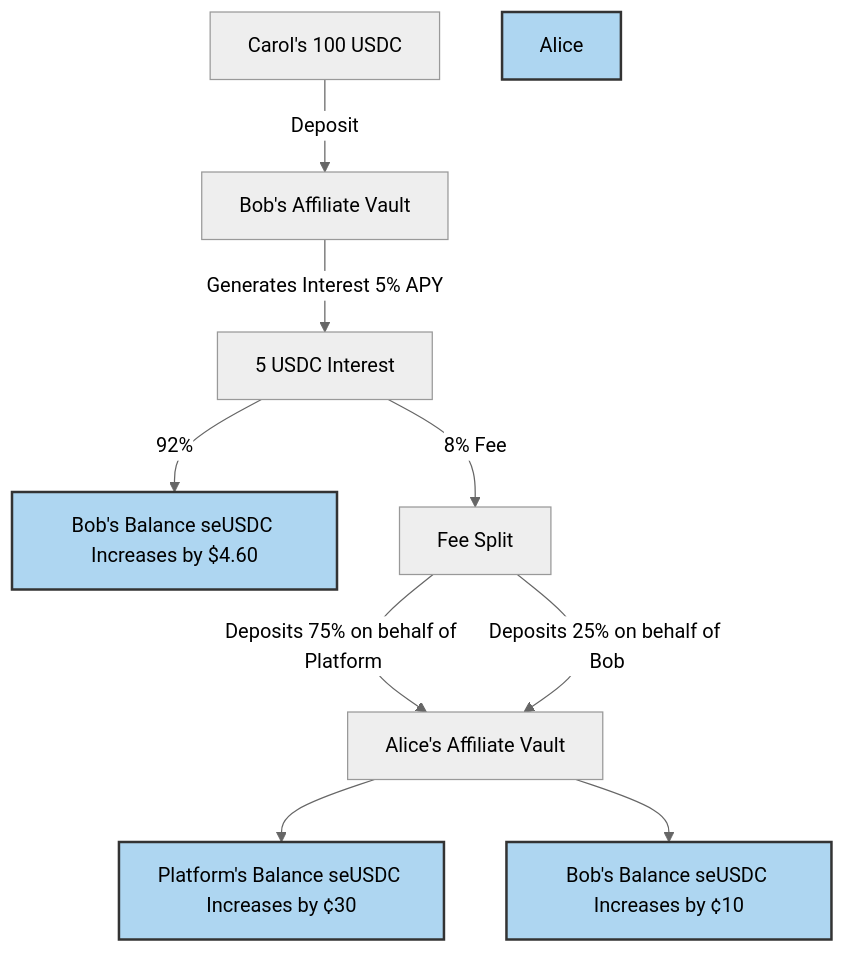
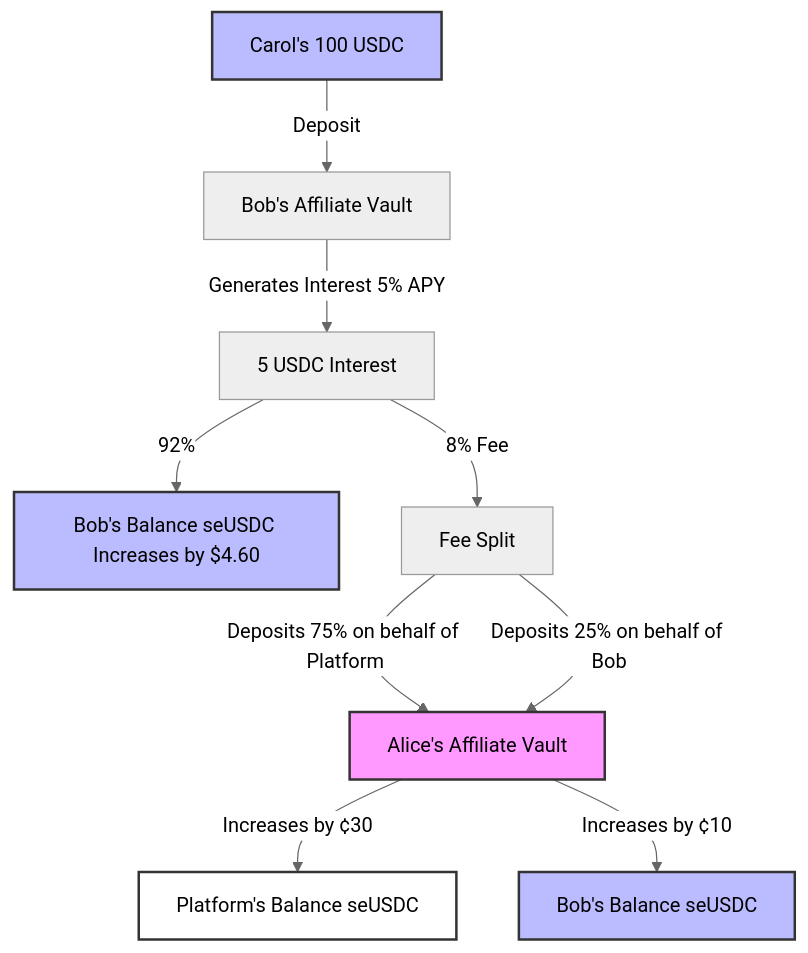
The fourth of 4 diagrams in docs/send-earn-affiliates.md (0xsend/send-earn-contracts), drawn with Mermaid (neutral theme) before and after one commit. The commit also changed other lines of this file, not shown here.

Commit message:
feat(docs): enhance Send Earn affiliates documentation with fee splitting explanation and clarify vault deposit process

````diff
--- a/docs/send-earn-affiliates.md
+++ b/docs/send-earn-affiliates.md
@@ -131,16 +148,17 @@
 ```mermaid
 graph TD
     Carol[Carol's 100 USDC] -->|Deposit| BobSEVault[Bob's Affiliate Vault]
     BobSEVault -->|Generates Interest 5% APY| MetaMorpho[5 USDC Interest]
     MetaMorpho -->|92%| BobNewBalance[Bob's Balance seUSDC Increases by $4.60]
     MetaMorpho -->|8% Fee| FeeSplit[Fee Split]
     FeeSplit -->|Deposits 75% on behalf of Platform| AliceSendEarnVault[Alice's Affiliate Vault]
     FeeSplit -->|Deposits 25% on behalf of Bob| AliceSendEarnVault[Alice's Affiliate Vault]
-    AliceSendEarnVault --> Platform[Platform's Balance seUSDC Increases by ¢30 ]
-    AliceSendEarnVault --> Bob[Bob's Balance seUSDC Increases by ¢10]
+    AliceSendEarnVault -->|Increases by ¢30| Platform[Platform's Balance seUSDC]
+    AliceSendEarnVault -->|Increases by ¢10| Bob[Bob's Balance seUSDC]
 
-    style Bob fill:#AED6F1,stroke: #333,stroke-width:2px,color:#000
-    style BobNewBalance fill:#AED6F1,stroke: #333,stroke-width:2px,color:#000
-    style Platform fill:#AED6F1,stroke: #333,stroke-width:2px,color:#000
-    style Alice fill:#AED6F1,stroke: #333,stroke-width:2px,color:#000
+    style Carol fill:#bbf,stroke: #333,stroke-width:2px,color:#000
+    style Bob fill:#bbf,stroke: #333,stroke-width:2px,color:#000
+    style BobNewBalance fill:#bbf,stroke: #333,stroke-width:2px,color:#000
+    style Platform fill:#FFFFFF,stroke: #333,stroke-width:2px,color:#000
+    style AliceSendEarnVault fill:#f9f,stroke: #333,stroke-width:2px,color:#000
 ```
````
